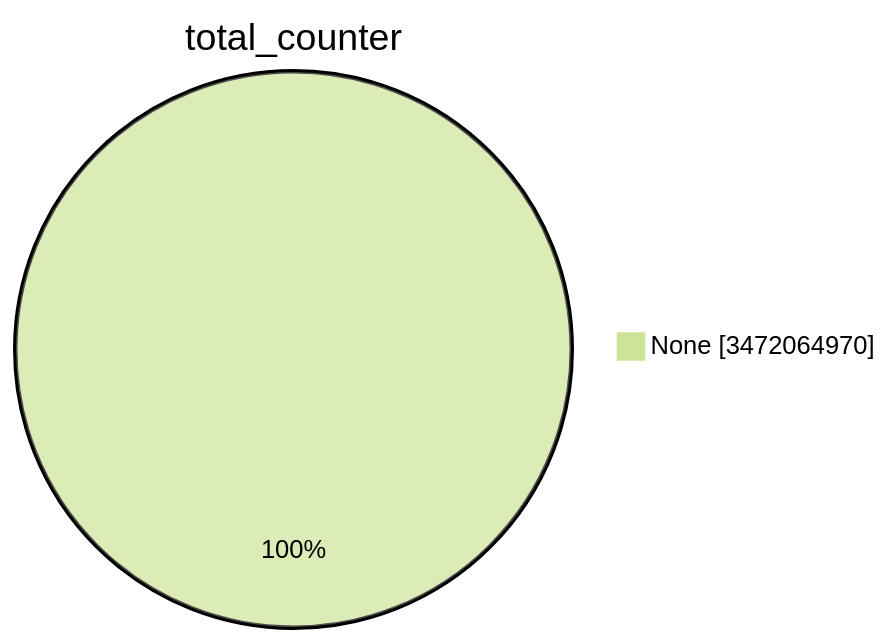
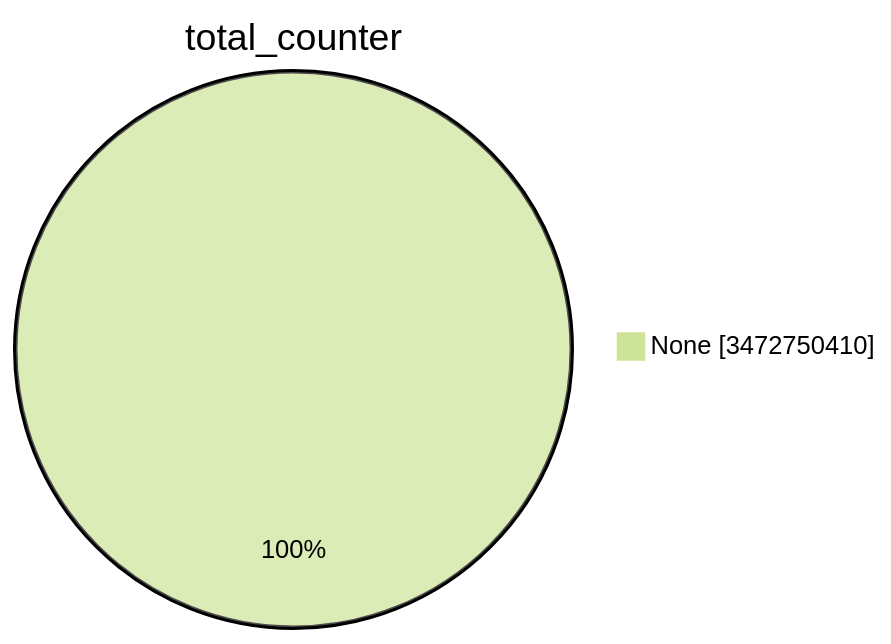
Before and after one commit to christiankrug/ctmonitor_visualization: the first of 15 diagrams in TOTAL/README.md, drawn with Mermaid (forest theme). The commit also changed other lines of this file, not shown here.

````diff
--- a/TOTAL/README.md
+++ b/TOTAL/README.md
@@ -1,5 +1,5 @@
 ```mermaid
 pie showData
 title total_counter
-"None" :3472064970
+"None" :3472750410
 ```
````
